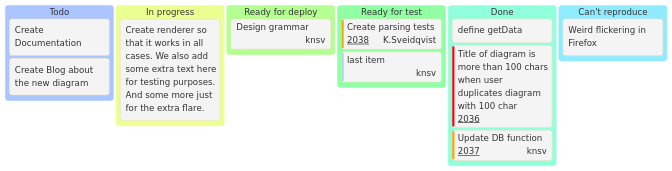
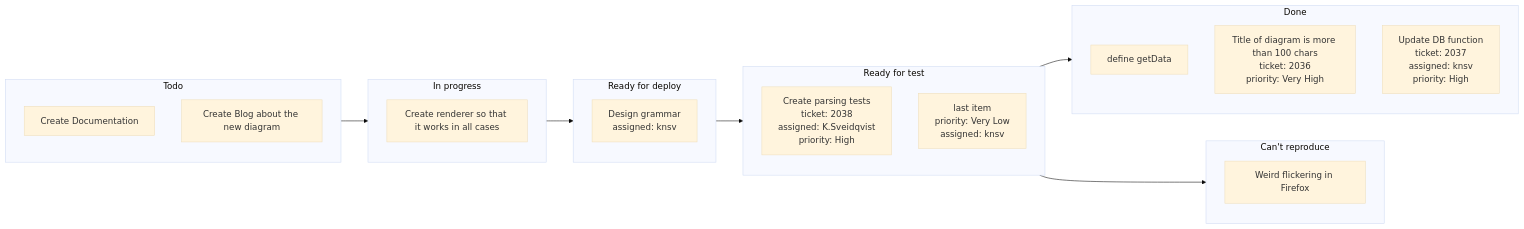
One commit to TangBinQiang/Blog-Quartz changed the second of 2 diagrams in content/Write/Mermaid.md. Above: the diagram before and after it, drawn with Mermaid (base theme). The commit also changed other lines of this file, not shown here.

Commit message:
Quartz sync: Jan 24, 2026, 8:32 PM

````diff
--- a/content/Write/Mermaid.md
+++ b/content/Write/Mermaid.md
@@ -1,25 +33,33 @@
 ```mermaid
----
-config:
-  kanban:
-    ticketBaseUrl: 'https://github.com/mermaid-js/mermaid/issues/#TICKET#'
----
-kanban
-  Todo
-    [Create Documentation]
-    docs[Create Blog about the new diagram]
-  [In progress]
-    id6[Create renderer so that it works in all cases. We also add some extra text here for testing purposes. And some more just for the extra flare.]
-  id9[Ready for deploy]
-    id8[Design grammar]@{ assigned: 'knsv' }
-  id10[Ready for test]
-    id4[Create parsing tests]@{ ticket: 2038, assigned: 'K.Sveidqvist', priority: 'High' }
-    id66[last item]@{ priority: 'Very Low', assigned: 'knsv' }
-  id11[Done]
-    id5[define getData]
-    id2[Title of diagram is more than 100 chars when user duplicates diagram with 100 char]@{ ticket: 2036, priority: 'Very High'}
-    id3[Update DB function]@{ ticket: 2037, assigned: knsv, priority: 'High' }
-
-  id12[Can't reproduce]
-    id3[Weird flickering in Firefox]
+flowchart LR
+    subgraph Todo
+        A[Create Documentation]
+        B[Create Blog about the new diagram]
+    end
+    
+    subgraph InProgress["In progress"]
+        C[Create renderer so that it works in all cases]
+    end
+    
+    subgraph ReadyDeploy["Ready for deploy"]
+        D[Design grammar<br/>assigned: knsv]
+    end
+    
+    subgraph ReadyTest["Ready for test"]
+        E[Create parsing tests<br/>ticket: 2038<br/>assigned: K.Sveidqvist<br/>priority: High]
+        F[last item<br/>priority: Very Low<br/>assigned: knsv]
+    end
+    
+    subgraph Done
+        G[define getData]
+        H[Title of diagram is more than 100 chars<br/>ticket: 2036<br/>priority: Very High]
+        I[Update DB function<br/>ticket: 2037<br/>assigned: knsv<br/>priority: High]
+    end
+    
+    subgraph CantReproduce["Can't reproduce"]
+        J[Weird flickering in Firefox]
+    end
+    
+    Todo --> InProgress --> ReadyDeploy --> ReadyTest --> Done
+    ReadyTest --> CantReproduce
 ```
````
